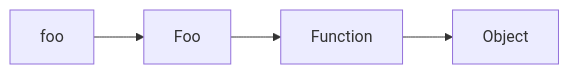
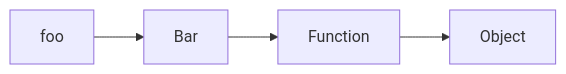
Before and after one commit to threkk/prune.js-presentation: the diagram in slides.md, drawn with Mermaid. The commit also changed other lines of this file, not shown here.

````diff
--- a/slides.md
+++ b/slides.md
@@ -151,4 +151,4 @@
 ```mermaid
 graph LR
-    foo --> F[Foo] --> Func[Function] --> O[ Object ]
+    foo --> F[Bar] --> Func[Function] --> O[ Object ]
 ```
````
